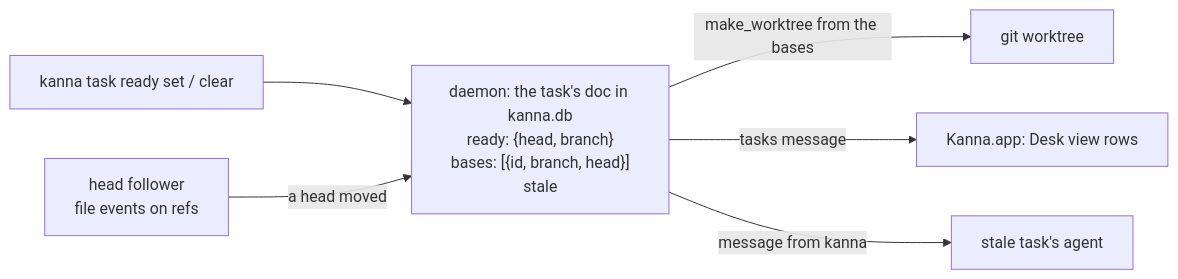
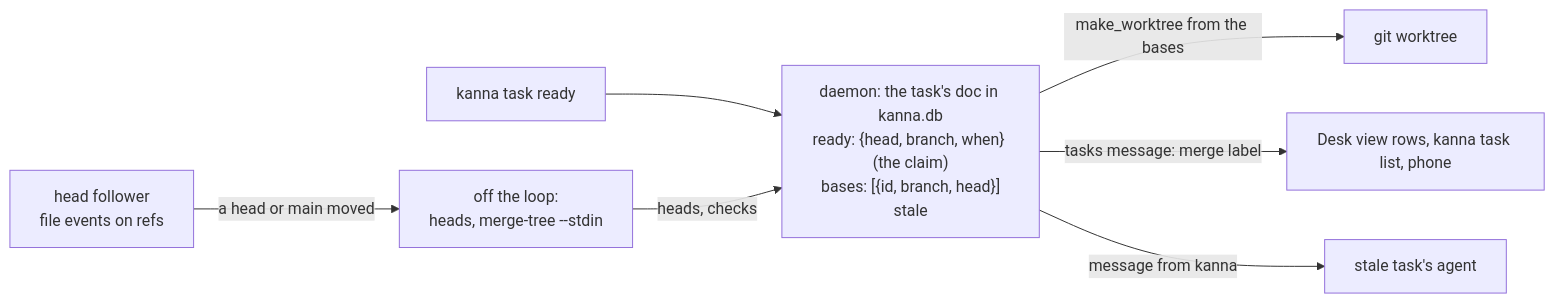
Before and after one commit to tampopogk/kanna: the third of 3 diagrams in docs/specs/stacked-tasks.md, drawn with Mermaid. The commit also changed other lines of this file and 17 other files, not shown here.

````diff
--- a/docs/specs/stacked-tasks.md
+++ b/docs/specs/stacked-tasks.md
@@ -98,8 +117,9 @@
 ```mermaid
 flowchart LR
-    CLI["kanna task ready set / clear"] --> D["daemon: the task's doc in kanna.db<br/>ready: {head, branch}<br/>bases: [{id, branch, head}]<br/>stale"]
-    W["head follower<br/>file events on refs"] -->|"a head moved"| D
+    CLI["kanna task ready"] --> D["daemon: the task's doc in kanna.db<br/>ready: {head, branch, when} (the claim)<br/>bases: [{id, branch, head}]<br/>stale"]
+    W["head follower<br/>file events on refs"] -->|"a head or main moved"| O["off the loop:<br/>heads, merge-tree --stdin"]
+    O -->|"heads, checks"| D
     D -->|"make_worktree from the bases"| G["git worktree"]
-    D -->|"tasks message"| APP["Kanna.app: Desk view rows"]
+    D -->|"tasks message: merge label"| APP["Desk view rows, kanna task list, phone"]
     D -->|"message from kanna"| AG["stale task's agent"]
 ```
````
